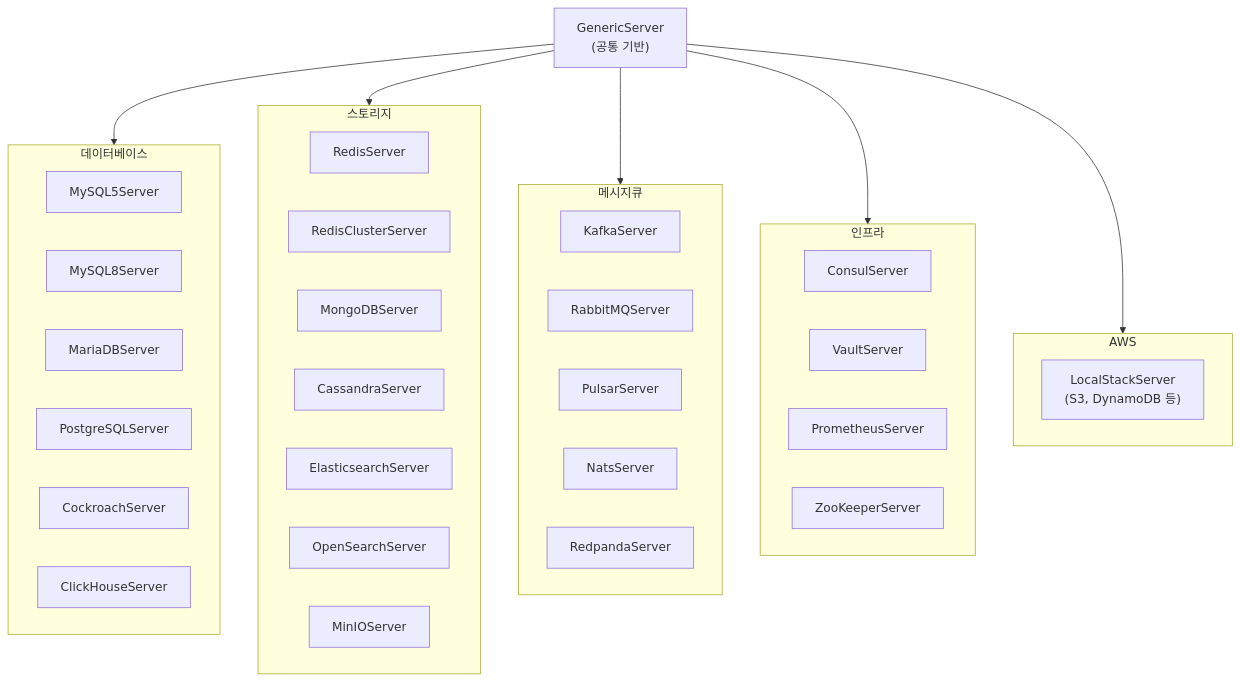
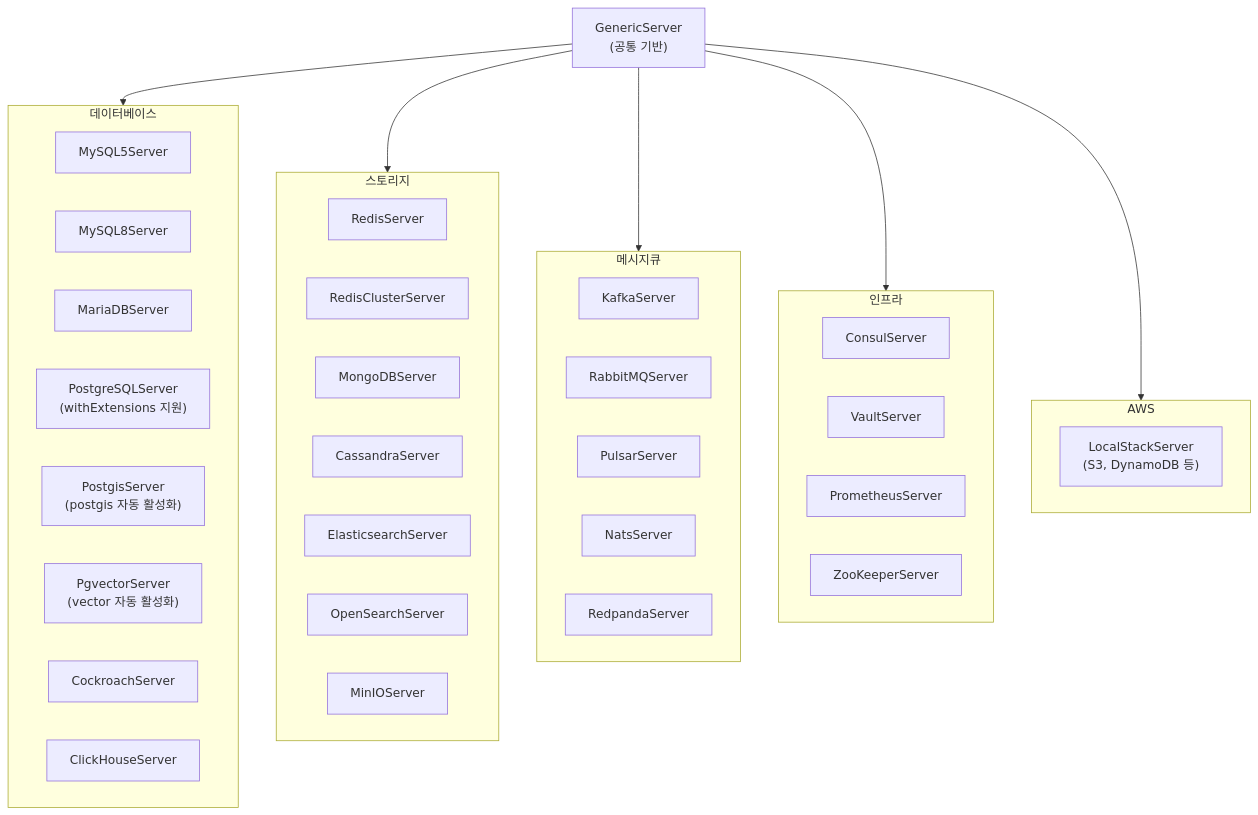
The second of 2 diagrams in testing/testcontainers/README.md (bluetape4k/bluetape4k-projects), drawn with Mermaid before and after one commit. The commit also changed other lines of this file and 25 other files, not shown here.

````diff
--- a/testing/testcontainers/README.md
+++ b/testing/testcontainers/README.md
@@ -134,48 +184,50 @@
 ```mermaid
 graph TD
     GS["GenericServer\n(공통 기반)"]
 
     subgraph 데이터베이스
         MY5["MySQL5Server"]
         MY8["MySQL8Server"]
         MA["MariaDBServer"]
-        PG["PostgreSQLServer"]
+        PG["PostgreSQLServer\n(withExtensions 지원)"]
+        PGS["PostgisServer\n(postgis 자동 활성화)"]
+        PGV["PgvectorServer\n(vector 자동 활성화)"]
         CR["CockroachServer"]
         CH["ClickHouseServer"]
     end
 
     subgraph 스토리지
         RD["RedisServer"]
         RDC["RedisClusterServer"]
         MG["MongoDBServer"]
         CS["CassandraServer"]
         ES["ElasticsearchServer"]
         OS["OpenSearchServer"]
         MN["MinIOServer"]
     end
 
     subgraph 메시지큐
         KF["KafkaServer"]
         RB["RabbitMQServer"]
         PL["PulsarServer"]
         NT["NatsServer"]
         RP["RedpandaServer"]
     end
 
     subgraph 인프라
         CN["ConsulServer"]
         VT["VaultServer"]
         PR["PrometheusServer"]
         ZK["ZooKeeperServer"]
     end
 
     subgraph AWS
         LS["LocalStackServer\n(S3, DynamoDB 등)"]
     end
 
     GS --> 데이터베이스
     GS --> 스토리지
     GS --> 메시지큐
     GS --> 인프라
     GS --> AWS
 ```
````
